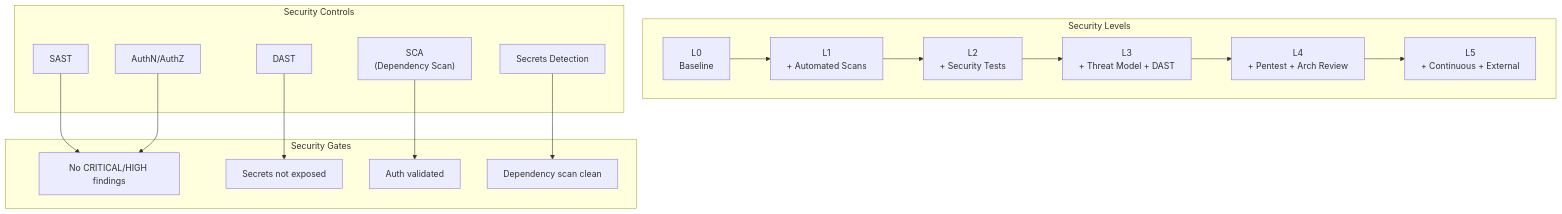
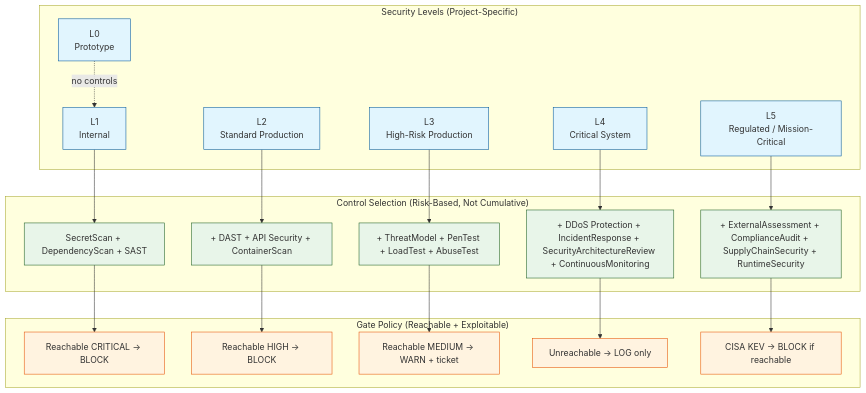
Before and after one commit to sdd-ra/sddra: diagram 16 of 21 in README.md, drawn with Mermaid. The commit also changed other lines of this file, not shown here.

````diff
--- a/README.md
+++ b/README.md
@@ -734,38 +726,48 @@
 ```mermaid
 graph TB
-    subgraph "Security Levels"
-        L0_SEC["L0<br/>Baseline"]
-        L1_SEC["L1<br/>+ Automated Scans"]
-        L2_SEC["L2<br/>+ Security Tests"]
-        L3_SEC["L3<br/>+ Threat Model + DAST"]
-        L4_SEC["L4<br/>+ Pentest + Arch Review"]
-        L5_SEC["L5<br/>+ Continuous + External"]
+    subgraph "Security Levels (Project-Specific)"
+        L0_SEC["L0<br/>Prototype"]
+        L1_SEC["L1<br/>Internal"]
+        L2_SEC["L2<br/>Standard Production"]
+        L3_SEC["L3<br/>High-Risk Production"]
+        L4_SEC["L4<br/>Critical System"]
+        L5_SEC["L5<br/>Regulated / Mission-Critical"]
     end
 
-    subgraph "Security Controls"
-        SAST["SAST"]
-        DAST["DAST"]
-        SCA["SCA<br/>(Dependency Scan)"]
-        SECRETS["Secrets Detection"]
-        AUTH["AuthN/AuthZ"]
+    subgraph "Control Selection (Risk-Based, Not Cumulative)"
+        L1_CTRLS["SecretScan + DependencyScan + SAST"]
+        L2_CTRLS["+ DAST + API Security + ContainerScan"]
+        L3_CTRLS["+ ThreatModel + PenTest + LoadTest + AbuseTest"]
+        L4_CTRLS["+ DDoS Protection + IncidentResponse + SecurityArchitectureReview + ContinuousMonitoring"]
+        L5_CTRLS["+ ExternalAssessment + ComplianceAudit + SupplyChainSecurity + RuntimeSecurity"]
     end
 
-    subgraph "Security Gates"
-        SG1["No CRITICAL/HIGH findings"]
-        SG2["Secrets not exposed"]
-        SG3["Auth validated"]
-        SG4["Dependency scan clean"]
+    subgraph "Gate Policy (Reachable + Exploitable)"
+        REACH_CRIT["Reachable CRITICAL → BLOCK"]
+        REACH_HIGH["Reachable HIGH → BLOCK"]
+        REACH_MED["Reachable MEDIUM → WARN + ticket"]
+        UNREACH["Unreachable → LOG only"]
+        KEV["CISA KEV → BLOCK if reachable"]
     end
 
-    L0_SEC --> L1_SEC
-    L1_SEC --> L2_SEC
-    L2_SEC --> L3_SEC
-    L3_SEC --> L4_SEC
-    L4_SEC --> L5_SEC
+    L0_SEC -.->|"no controls"| L1_SEC
+    L1_SEC --> L1_CTRLS
+    L2_SEC --> L2_CTRLS
+    L3_SEC --> L3_CTRLS
+    L4_SEC --> L4_CTRLS
+    L5_SEC --> L5_CTRLS
 
-    SAST --> SG1
-    DAST --> SG2
-    SCA --> SG3
-    SECRETS --> SG4
-    AUTH --> SG1
+    L1_CTRLS --> REACH_CRIT
+    L2_CTRLS --> REACH_HIGH
+    L3_CTRLS --> REACH_MED
+    L4_CTRLS --> UNREACH
+    L5_CTRLS --> KEV
+
+    classDef level fill:#e1f5fe,stroke:#01579b,stroke-width:1px;
+    classDef ctrl fill:#e8f5e9,stroke:#1b5e20,stroke-width:1px;
+    classDef gate fill:#fff3e0,stroke:#e65100,stroke-width:1px;
+
+    class L0_SEC,L1_SEC,L2_SEC,L3_SEC,L4_SEC,L5_SEC level
+    class L1_CTRLS,L2_CTRLS,L3_CTRLS,L4_CTRLS,L5_CTRLS ctrl
+    class REACH_CRIT,REACH_HIGH,REACH_MED,UNREACH,KEV gate
 ```
````
